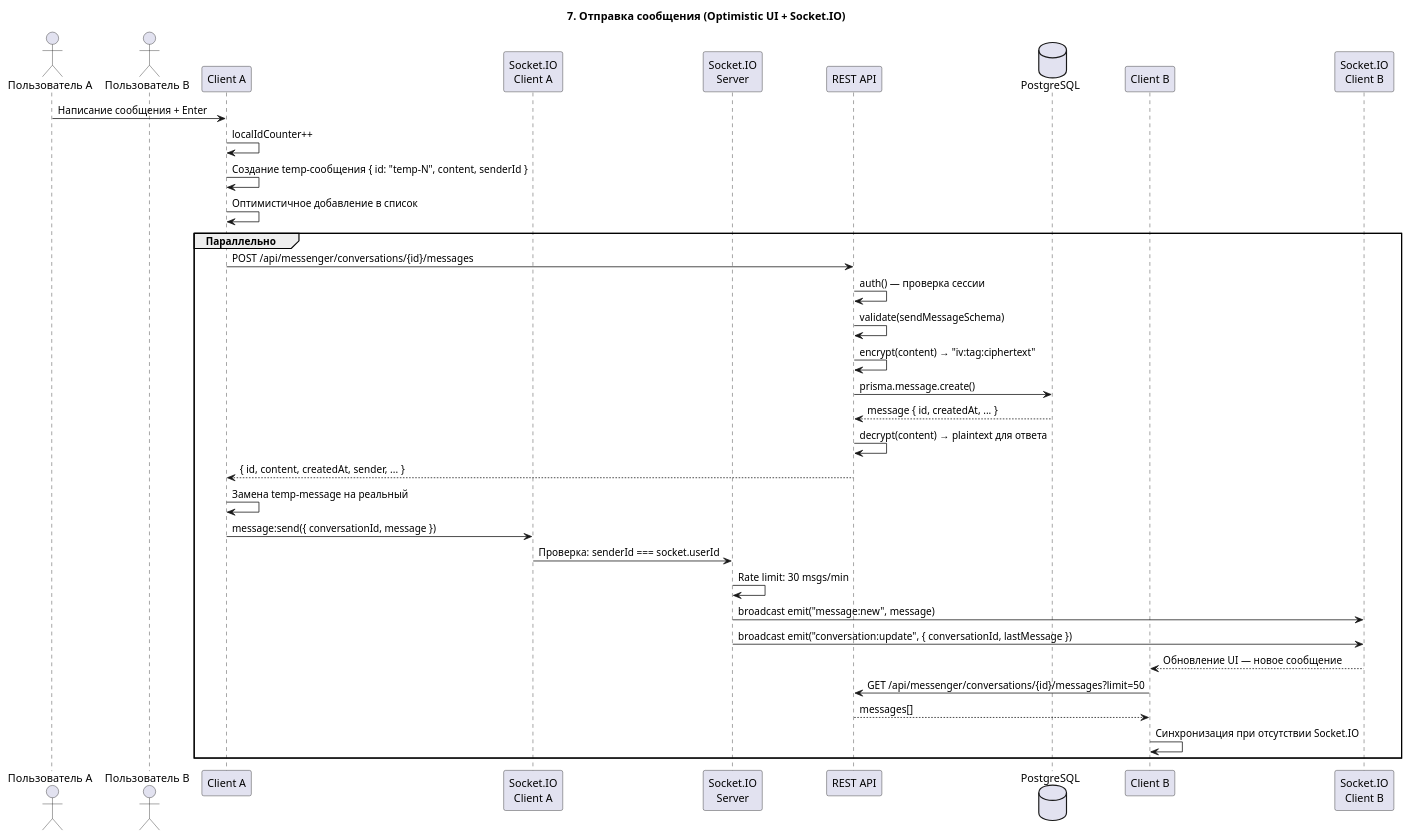
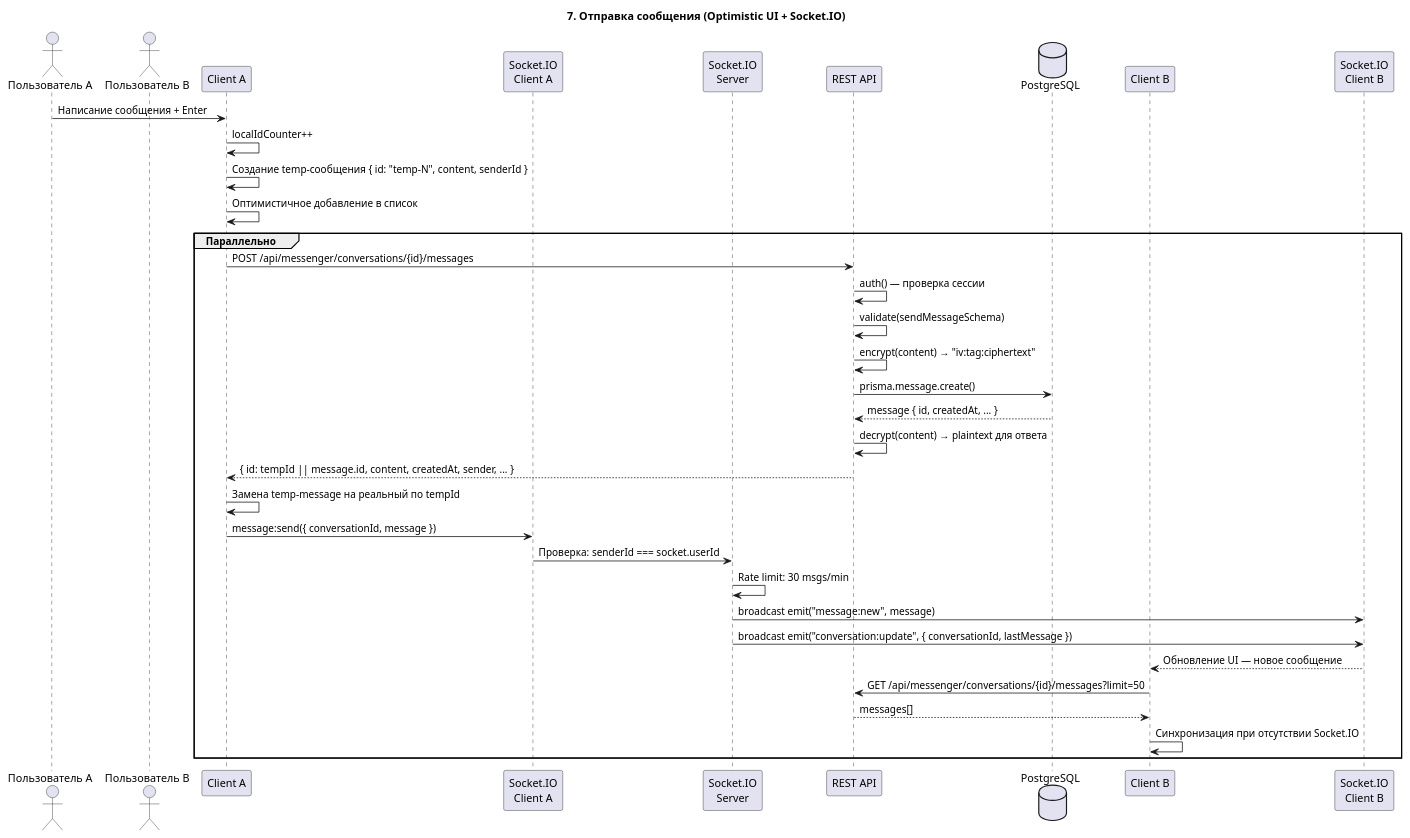
The seventh of 15 diagrams in docs/diagrams/uml-sequences.puml (DenisDudyrew/testbuild), drawn with PlantUML before and after one commit. The commit also changed 8 other files, not shown here.

```diff
--- a/docs/diagrams/uml-sequences.puml
+++ b/docs/diagrams/uml-sequences.puml
@@ -245,46 +245,46 @@
 @startuml
 title 7. Отправка сообщения (Optimistic UI + Socket.IO)
 
 actor "Пользователь A" as UserA
 actor "Пользователь B" as UserB
 participant "Client A" as ClientA
 participant "Socket.IO\nClient A" as SockA
 participant "Socket.IO\nServer" as Server
 participant "REST API" as API
 database "PostgreSQL" as DB
 participant "Client B" as ClientB
 participant "Socket.IO\nClient B" as SockB
 
 UserA -> ClientA: Написание сообщения + Enter
 
 ClientA -> ClientA: localIdCounter++
 ClientA -> ClientA: Создание temp-сообщения { id: "temp-N", content, senderId }
 ClientA -> ClientA: Оптимистичное добавление в список
 
 group Параллельно
   ' HTTP запрос
   ClientA -> API: POST /api/messenger/conversations/{id}/messages
   API -> API: auth() — проверка сессии
   API -> API: validate(sendMessageSchema)
   API -> API: encrypt(content) → "iv:tag:ciphertext"
   API -> DB: prisma.message.create()
   DB --> API: message { id, createdAt, ... }
   API -> API: decrypt(content) → plaintext для ответа
-  API --> ClientA: { id, content, createdAt, sender, ... }
-  ClientA -> ClientA: Замена temp-message на реальный
+  API --> ClientA: { id: tempId || message.id, content, createdAt, sender, ... }
+  ClientA -> ClientA: Замена temp-message на реальный по tempId
 
   ' Socket.IO broadcast
   ClientA -> SockA: message:send({ conversationId, message })
   SockA -> Server: Проверка: senderId === socket.userId
   Server -> Server: Rate limit: 30 msgs/min
   Server -> SockB: broadcast emit("message:new", message)
   Server -> SockB: broadcast emit("conversation:update", { conversationId, lastMessage })
   SockB --> ClientB: Обновление UI — новое сообщение
 
   ' Fallback polling
   ClientB -> API: GET /api/messenger/conversations/{id}/messages?limit=50
   API --> ClientB: messages[]
   ClientB -> ClientB: Синхронизация при отсутствии Socket.IO
 end
 
 @enduml
```
